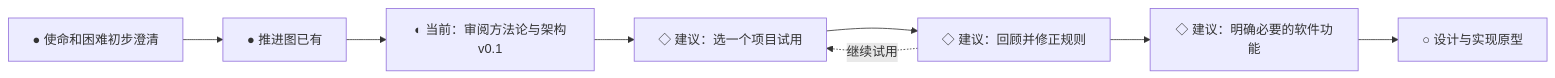
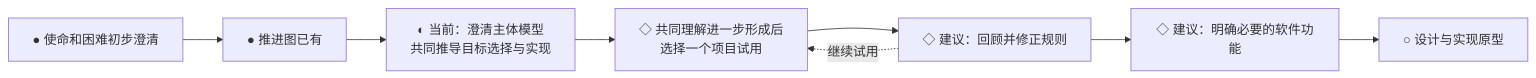
Before and after one commit to fangjiaqi2023-jpg/life-flywheel: the second of 2 diagrams in 项目/人生飞轮/项目推进图.md, drawn with Mermaid. The commit also changed other lines of this file, not shown here.

````diff
--- a/项目/人生飞轮/项目推进图.md
+++ b/项目/人生飞轮/项目推进图.md
@@ -38,10 +38,10 @@
 ```mermaid
 flowchart LR
     P0[● 使命和困难初步澄清] --> P1[● 推进图已有]
-    P1 --> P2[◐ 当前：审阅方法论与架构v0.1]
-    P2 --> P3[◇ 建议：选一个项目试用]
+    P1 --> P2[◐ 当前：澄清主体模型<br/>共同推导目标选择与实现]
+    P2 --> P3[◇ 共同理解进一步形成后<br/>选择一个项目试用]
     P3 --> P4[◇ 建议：回顾并修正规则]
     P4 --> P5[◇ 建议：明确必要的软件功能]
     P5 --> P6[○ 设计与实现原型]
     P4 -.继续试用.-> P3
 ```
````
